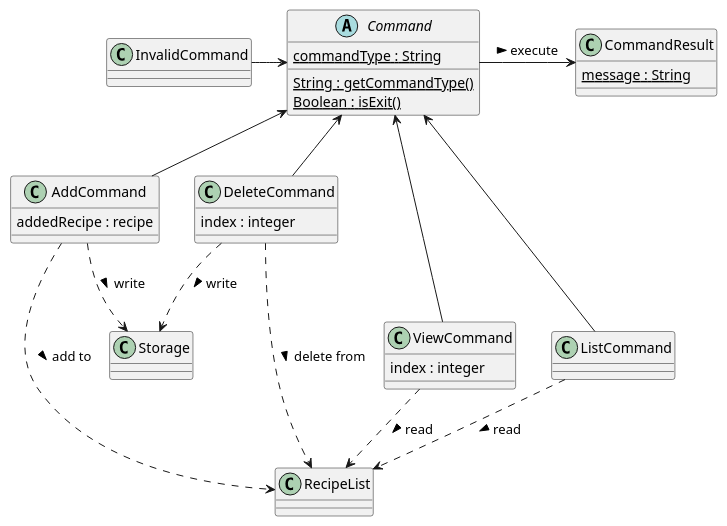
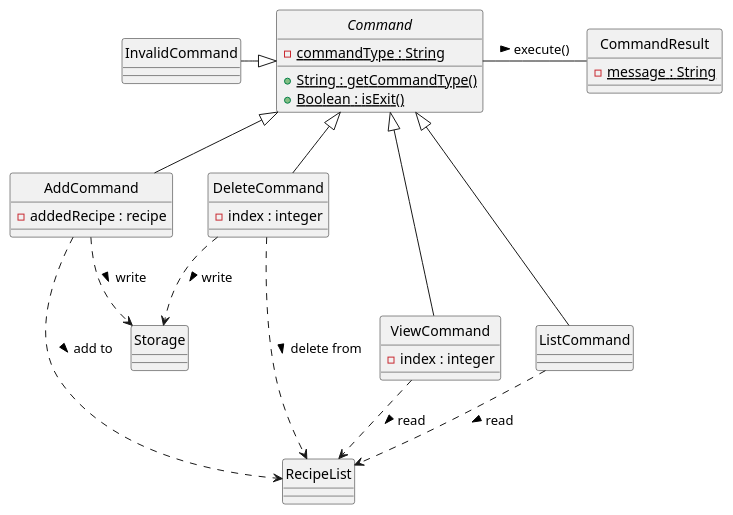
One commit to nus-cs2113-AY2223S1/tp changed the diagram in docs/diagrams/Command.puml. Above: the diagram before and after it, drawn with PlantUML. The commit also changed 22 other files, not shown here.

```diff
--- a/docs/diagrams/Command.puml
+++ b/docs/diagrams/Command.puml
@@ -1,42 +1,42 @@
 @startuml
-
+skinparam Style strictuml
 Abstract Class Command {
-    {static} commandType : String
-    {static} String : getCommandType()
-    {static} Boolean : isExit()
+    -{static} commandType : String
+    +{static} String : getCommandType()
+    +{static} Boolean : isExit()
 }
 
 Class CommandResult {
-    {static} message : String
+    -{static} message : String
 }
 
 Class AddCommand {
-    addedRecipe : recipe
+    -addedRecipe : recipe
 }
 
 Class DeleteCommand {
-    index : integer
+    -index : integer
 }
 
 Class ViewCommand {
-    index : integer
+    -index : integer
 }
 
-Command -> CommandResult : > execute
+Command - CommandResult : > execute()
 
-InvalidCommand -> Command
-Command <-- AddCommand
-Command <-- DeleteCommand
-Command <--- ListCommand
-Command <--- ViewCommand
+InvalidCommand -|> Command
+Command <|-- AddCommand
+Command <|-- DeleteCommand
+Command <|--- ListCommand
+Command <|--- ViewCommand
 AddCommand ...> RecipeList : > add to
 AddCommand ..> Storage : > write
 DeleteCommand ...> RecipeList : > delete from
 DeleteCommand ..> Storage : > write
 
 
 ListCommand ..> RecipeList : > read
 ViewCommand ..> RecipeList : > read
 
 
 @enduml
```
